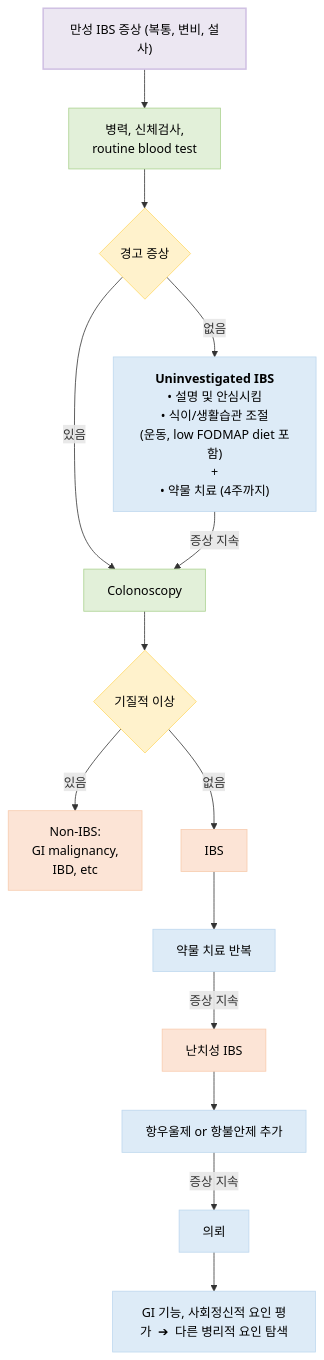
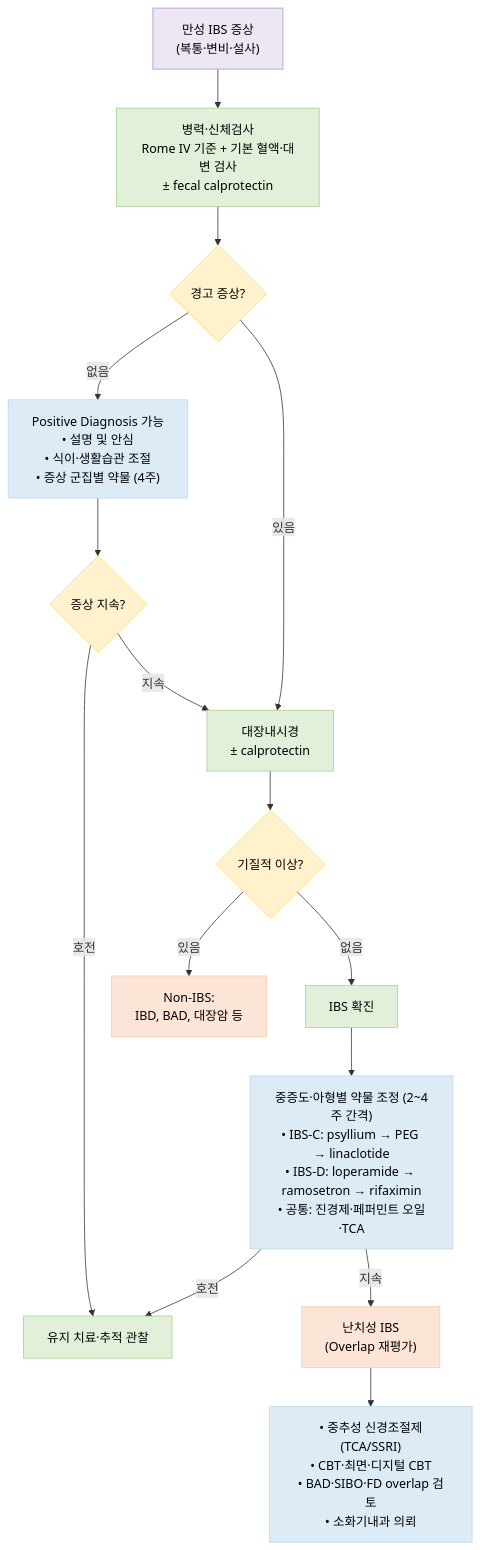
Before and after one commit to familyoh77/familyoh77: the first of 2 diagrams in 224_/087_-irritable-bowel-syndrome.md, drawn with Mermaid. The commit also changed other lines of this file, not shown here.

````diff
--- a/224_/087_-irritable-bowel-syndrome.md
+++ b/224_/087_-irritable-bowel-syndrome.md
@@ -135,52 +166,44 @@
 ```mermaid
 graph TD
-    %% 노드 스타일 정의
     classDef default fill:#fff,stroke:#333,stroke-width:1px,color:#000;
     classDef top fill:#ECE7F2,stroke:#D0C1E3,stroke-width:2px;
     classDef green fill:#E2F0D9,stroke:#A9D18E,stroke-width:1px;
     classDef yellow fill:#FFF2CC,stroke:#FFD966,stroke-width:1px;
     classDef red fill:#FCE4D6,stroke:#F8CBAD,stroke-width:1px;
     classDef blue fill:#DDEBF7,stroke:#BDD7EE,stroke-width:1px;
 
-    %% 노드 구조
-    Start["만성 IBS 증상 (복통, 변비, 설사)"]:::top
-    Step1["병력, 신체검사, <br>routine blood test"]:::green
-    Cond1{"경고 증상"}:::yellow
-    
-    %% Uninvestigated IBS 분기
-    Sub1["<b>Uninvestigated IBS</b><br>• 설명 및 안심시킴<br>• 식이/생활습관 조절<br>(운동, low FODMAP diet 포함)<br>+<br>• 약물 치료 (4주까지)"]:::blue
-    
-    Cond2{"기질적 이상"}:::yellow
-    NonIBS["Non-IBS:<br>GI malignancy,<br>IBD, etc"]:::red
-    
-    IBS["IBS"]:::red
-    Treat1["약물 치료 반복"]:::blue
-    
-    Refractory["난치성 IBS"]:::red
-    Treat2["항우울제 or 항불안제 추가"]:::blue
-    
-    Referral["의뢰"]:::blue
-    Final["GI 기능, 사회정신적 요인 평가  ➔  다른 병리적 요인 탐색"]:::blue
+    Start["만성 IBS 증상<br>(복통·변비·설사)"]
+    Step1["병력·신체검사<br>Rome IV 기준 + 기본 혈액·대변 검사<br>± fecal calprotectin"]
+    Cond1{"경고 증상?"}
+    Sub1["Positive Diagnosis 가능<br>• 설명 및 안심<br>• 식이·생활습관 조절<br>• 증상 군집별 약물 (4주)"]
+    Cond2{"증상 지속?"}
+    Colonoscopy["대장내시경<br>± calprotectin"]
+    Cond3{"기질적 이상?"}
+    NonIBS["Non-IBS:<br>IBD, BAD, 대장암 등"]
+    IBS["IBS 확진"]
+    End1["유지 치료·추적 관찰"]
+    Treat1["중증도·아형별 약물 조정 (2~4주 간격)<br>• IBS-C: psyllium → PEG → linaclotide<br>• IBS-D: loperamide → ramosetron → rifaximin<br>• 공통: 진경제·페퍼민트 오일·TCA"]
+    Refractory["난치성 IBS<br>(Overlap 재평가)"]
+    Treat2["• 중추성 신경조절제(TCA/SSRI)<br>• CBT·최면·디지털 CBT<br>• BAD·SIBO·FD overlap 검토<br>• 소화기내과 의뢰"]
 
-    %% 연결선
     Start --> Step1
     Step1 --> Cond1
-    
-    Cond1 -- 없음 --> Sub1
-    Cond1 -- 있음 --> Colonoscopy["Colonoscopy"]:::green
-    
-    Sub1 -- 증상 지속 --> Colonoscopy
-    
-    Colonoscopy --> Cond2
-    
-    Cond2 -- 있음 --> NonIBS
-    Cond2 -- 없음 --> IBS
-    
+    Cond1 -- "없음" --> Sub1
+    Cond1 -- "있음" --> Colonoscopy
+    Sub1 --> Cond2
+    Cond2 -- "호전" --> End1
+    Cond2 -- "지속" --> Colonoscopy
+    Colonoscopy --> Cond3
+    Cond3 -- "있음" --> NonIBS
+    Cond3 -- "없음" --> IBS
     IBS --> Treat1
-    Treat1 -- 증상 지속 --> Refractory
-    
+    Treat1 -- "호전" --> End1
+    Treat1 -- "지속" --> Refractory
     Refractory --> Treat2
-    Treat2 -- 증상 지속 --> Referral
-    
-    Referral --> Final
+
+    class Start top
+    class Step1,IBS,End1,Colonoscopy green
+    class Cond1,Cond2,Cond3 yellow
+    class NonIBS,Refractory red
+    class Sub1,Treat1,Treat2 blue
 ```
````
